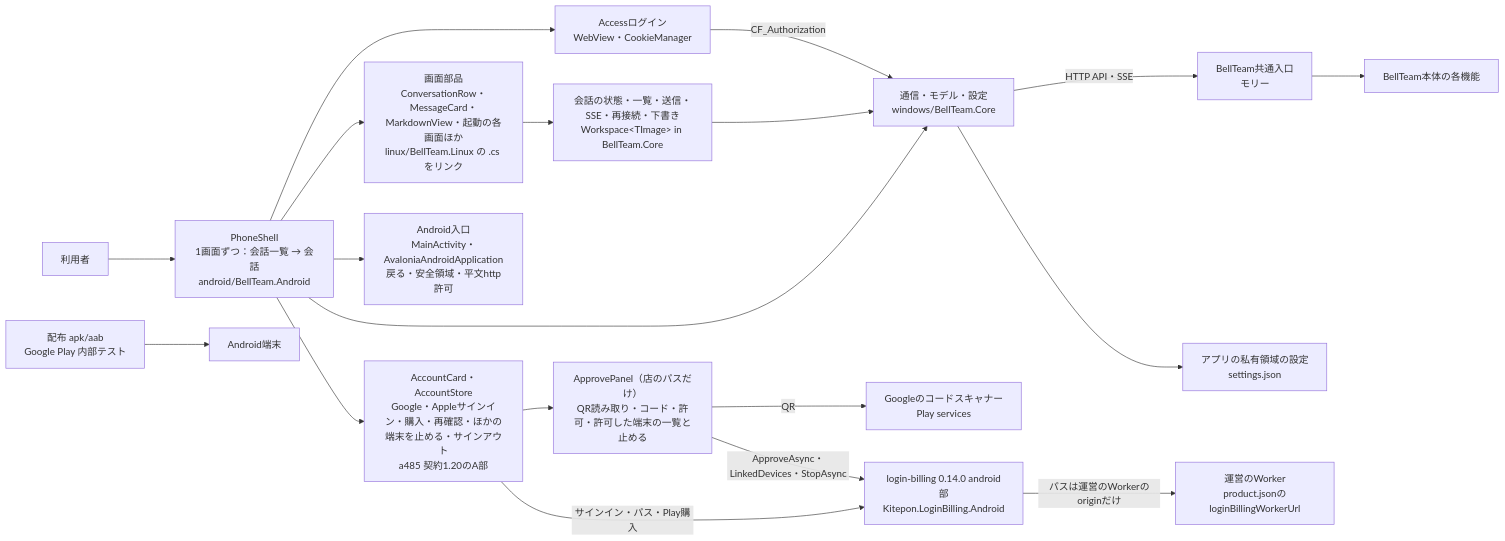
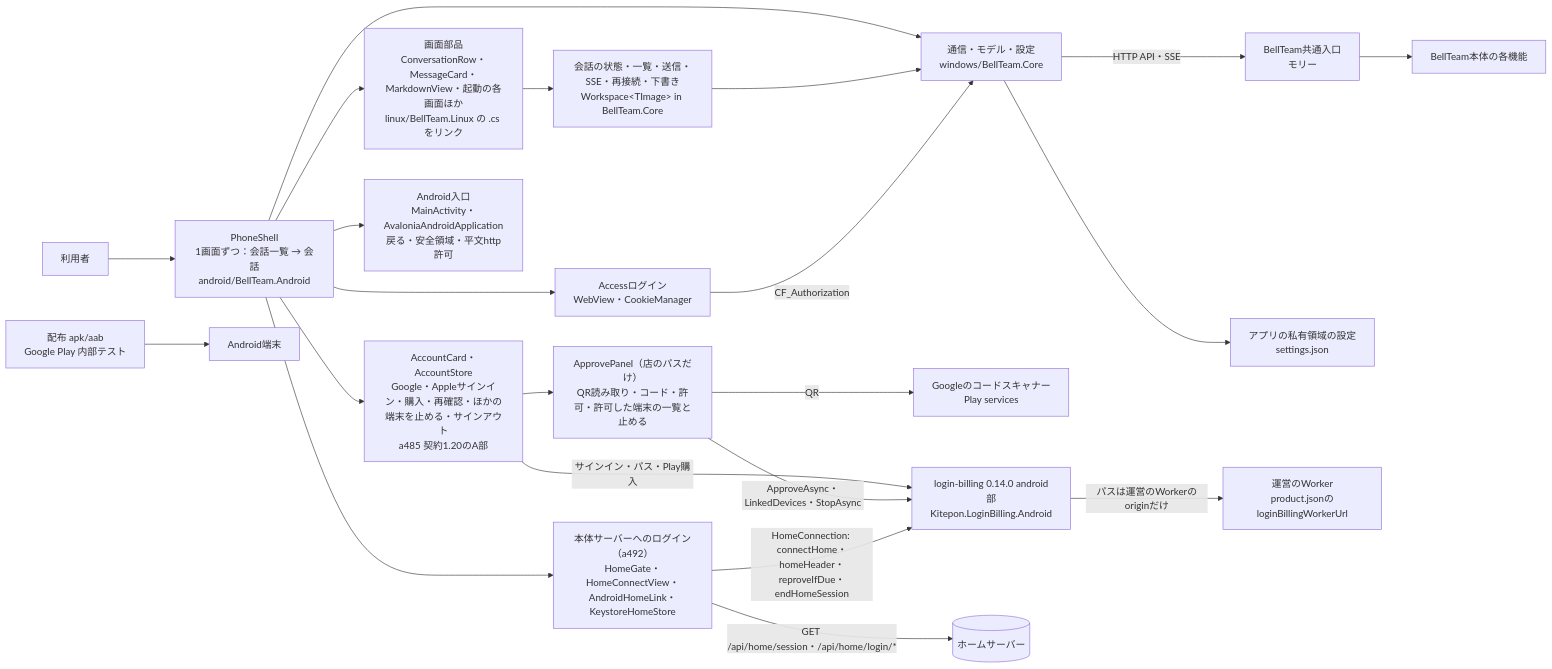
Before and after one commit to kitepon/BellTeam: the first of 2 diagrams in docs/android-architecture.md, drawn with Mermaid. The commit also changed other lines of this file and 20 other files, not shown here.

First line of the commit message:
a492 Android + Linux: log in to the home server with login-billing 0.16.0 HomeConnection (development release, do not ship)

````diff
--- a/docs/android-architecture.md
+++ b/docs/android-architecture.md
@@ -9,21 +9,24 @@
 ```mermaid
 flowchart LR
   user[利用者] --> shell[PhoneShell<br/>1画面ずつ：会話一覧 → 会話<br/>android/BellTeam.Android]
   shell --> views[画面部品<br/>ConversationRow・MessageCard・MarkdownView・起動の各画面ほか<br/>linux/BellTeam.Linux の .cs をリンク]
   views --> ws[会話の状態・一覧・送信・SSE・再接続・下書き<br/>Workspace&lt;TImage&gt; in BellTeam.Core]
   shell --> core[通信・モデル・設定<br/>windows/BellTeam.Core]
   ws --> core
   core -->|HTTP API・SSE| integration[BellTeam共通入口<br/>モリー]
   core --> local[アプリの私有領域の設定<br/>settings.json]
   shell --> account[AccountCard・AccountStore<br/>Google・Appleサインイン・購入・再確認・ほかの端末を止める・サインアウト<br/>a485 契約1.20のA部]
   account --> approve[ApprovePanel（店のパスだけ）<br/>QR読み取り・コード・許可・許可した端末の一覧と止める]
   approve -->|QR| scanner[Googleのコードスキャナー<br/>Play services]
   account -->|サインイン・パス・Play購入| lib[login-billing 0.14.0 android部<br/>Kitepon.LoginBilling.Android]
   approve -->|ApproveAsync・LinkedDevices・StopAsync| lib
+  shell --> homelink[本体サーバーへのログイン（a492）<br/>HomeGate・HomeConnectView・AndroidHomeLink・KeystoreHomeStore]
+  homelink -->|HomeConnection: connectHome・homeHeader・reproveIfDue・endHomeSession| lib
+  homelink -->|GET /api/home/session・/api/home/login/*| homeserver[(ホームサーバー)]
   lib -->|パスは運営のWorkerのoriginだけ| worker[運営のWorker<br/>product.jsonのloginBillingWorkerUrl]
   shell --> access[Accessログイン<br/>WebView・CookieManager]
   access -->|CF_Authorization| core
   shell --> android[Android入口<br/>MainActivity・AvaloniaAndroidApplication<br/>戻る・安全領域・平文http許可]
   release[配布 apk/aab<br/>Google Play 内部テスト] --> device[Android端末]
   integration --> server[BellTeam本体の各機能]
 ```
````
